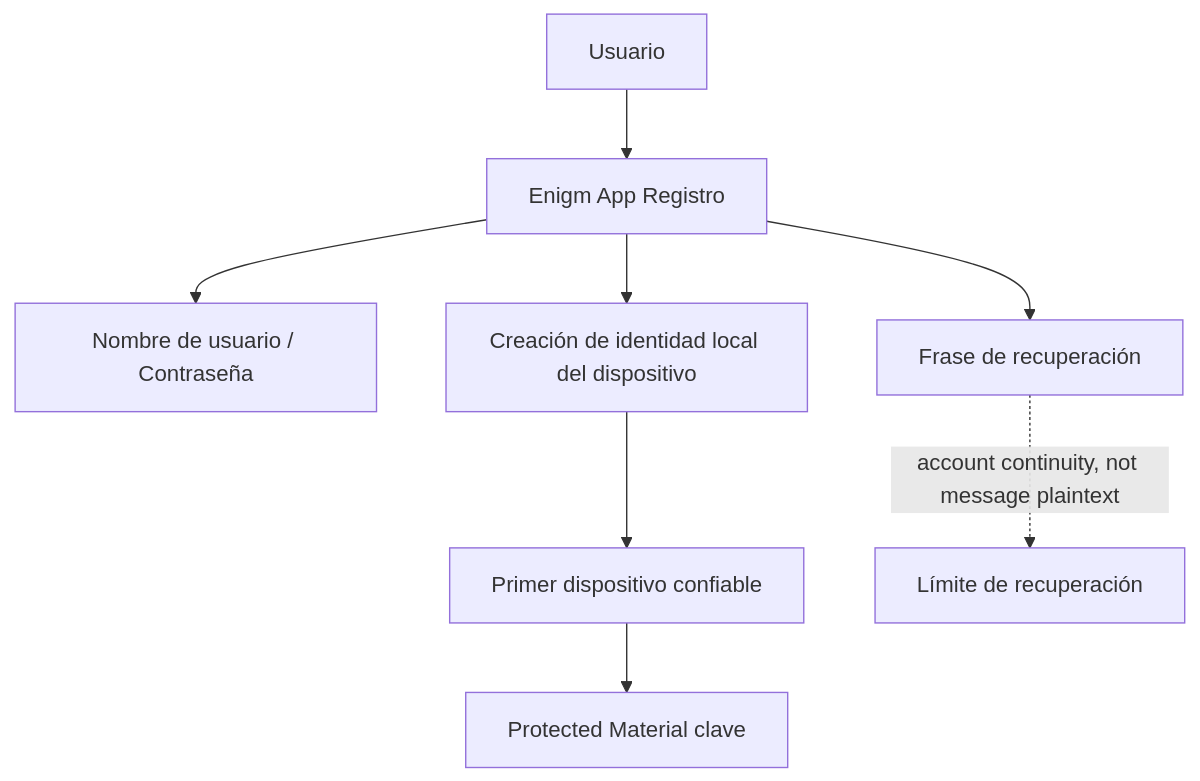
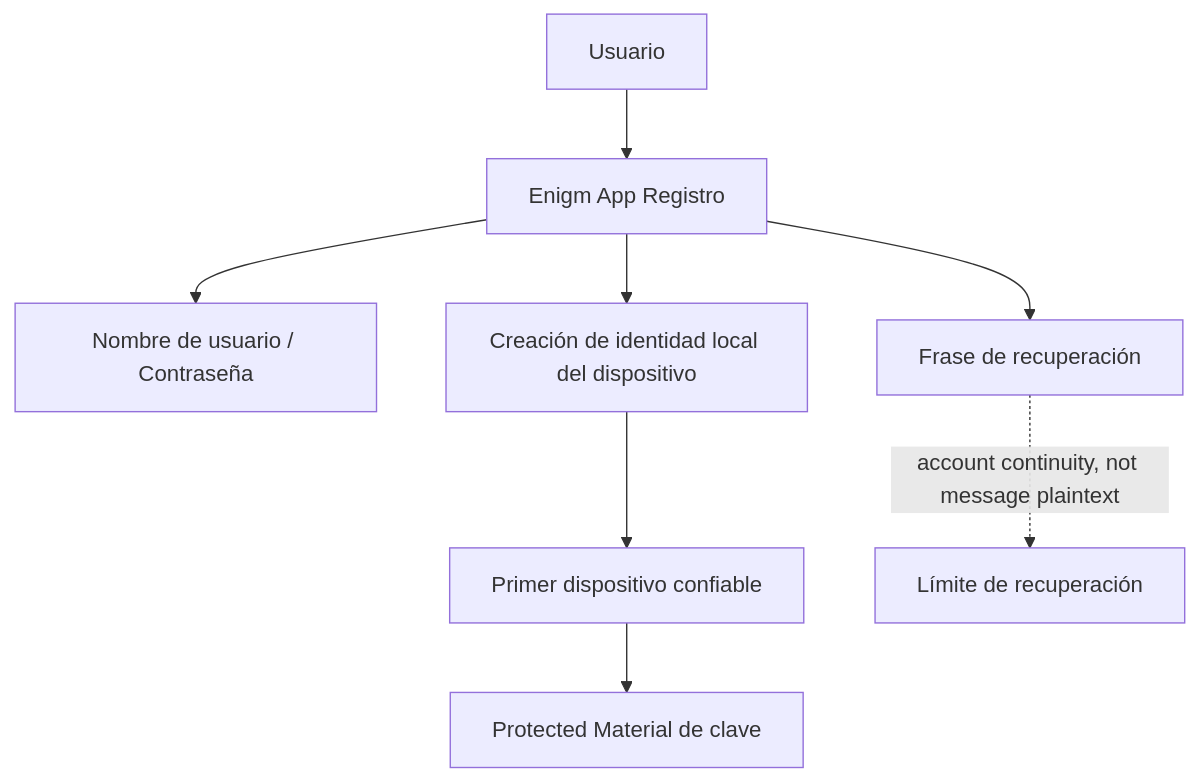
Before and after one commit to enigm-llc/docs: the diagram in es/app/account-model.mdx, drawn with Mermaid. The commit also changed other lines of this file and 41 other files, not shown here.

````diff
--- a/es/app/account-model.mdx
+++ b/es/app/account-model.mdx
@@ -70,10 +70,10 @@
 ```mermaid
 flowchart TD
   User["Usuario"] --> App["Enigm App Registro"]
   App --> Credentials["Nombre de usuario / Contraseña"]
   App --> Identity["Creación de identidad local del dispositivo"]
   Identity --> Device["Primer dispositivo confiable"]
   App --> Recovery["Frase de recuperación"]
-  Device --> Keys["Protected Material clave"]
+  Device --> Keys["Protected Material de clave"]
   Recovery -. "account continuity, not message plaintext" .-> Boundary["Límite de recuperación"]
 ```
````
